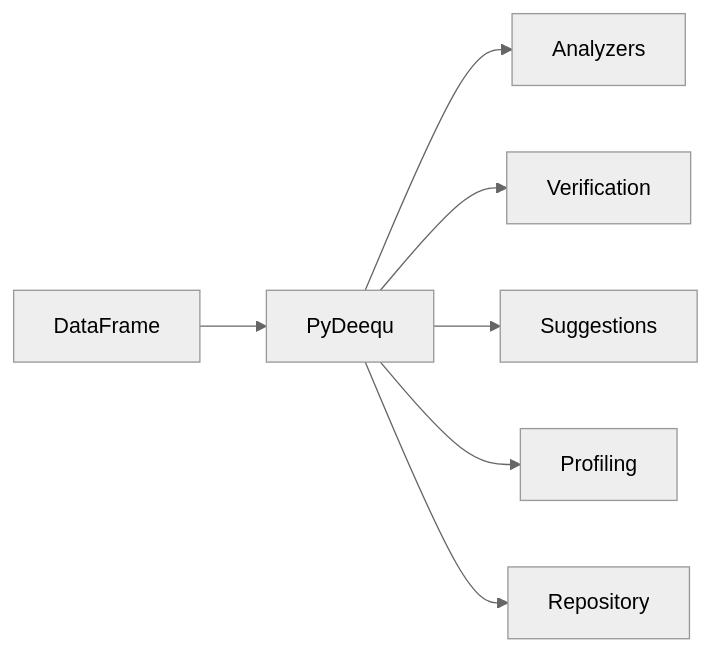
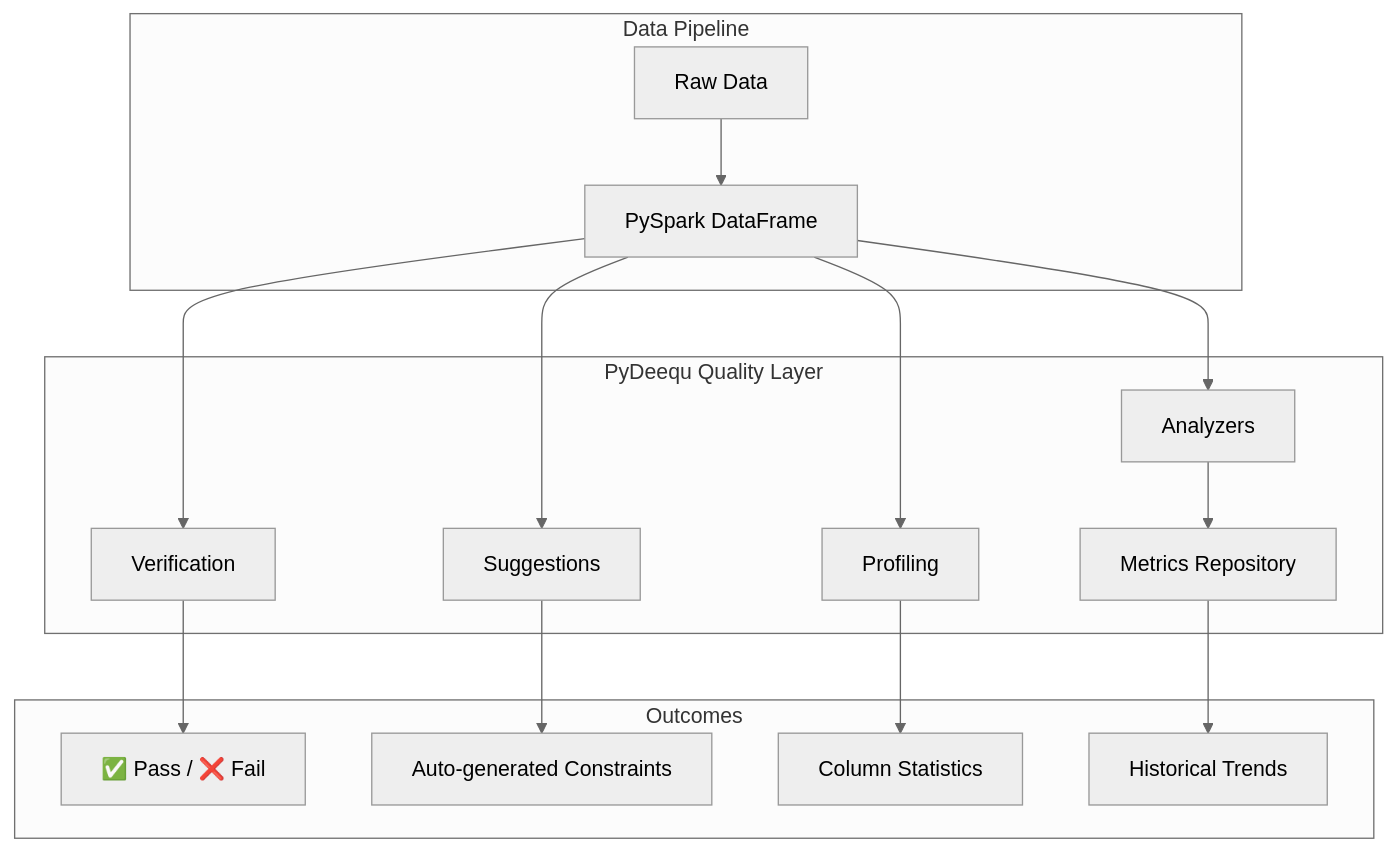
The diagram in spark-python/pyspark-test/pyspark-deepu/docs/index.md (mahfooziiitian/spark-batch), drawn with Mermaid (neutral theme) before and after one commit. The commit also changed other lines of this file and 169 other files, not shown here.

````diff
--- a/spark-python/pyspark-test/pyspark-deepu/docs/index.md
+++ b/spark-python/pyspark-test/pyspark-deepu/docs/index.md
@@ -7,9 +7,19 @@
 ```mermaid
-graph LR
-    A[DataFrame] --> B[PyDeequ]
-    B --> C[Analyzers]
-    B --> D[Verification]
-    B --> E[Suggestions]
-    B --> F[Profiling]
-    B --> G[Repository]
+graph TB
+    subgraph "Data Pipeline"
+        A[Raw Data] --> B[PySpark DataFrame]
+    end
+    subgraph "PyDeequ Quality Layer"
+        B --> C[Analyzers]
+        B --> D[Verification]
+        B --> E[Suggestions]
+        B --> F[Profiling]
+        C --> G[Metrics Repository]
+    end
+    subgraph "Outcomes"
+        D --> H[✅ Pass / ❌ Fail]
+        E --> I[Auto-generated Constraints]
+        F --> J[Column Statistics]
+        G --> K[Historical Trends]
+    end
 ```
````
